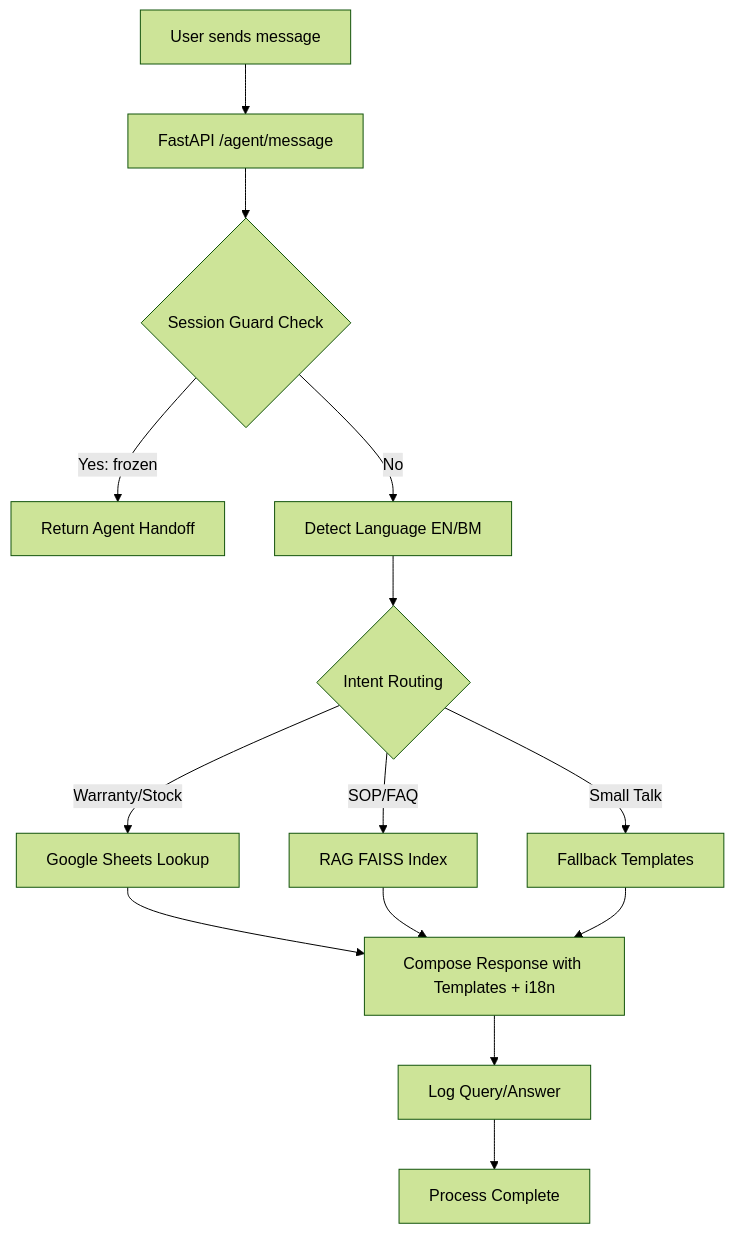
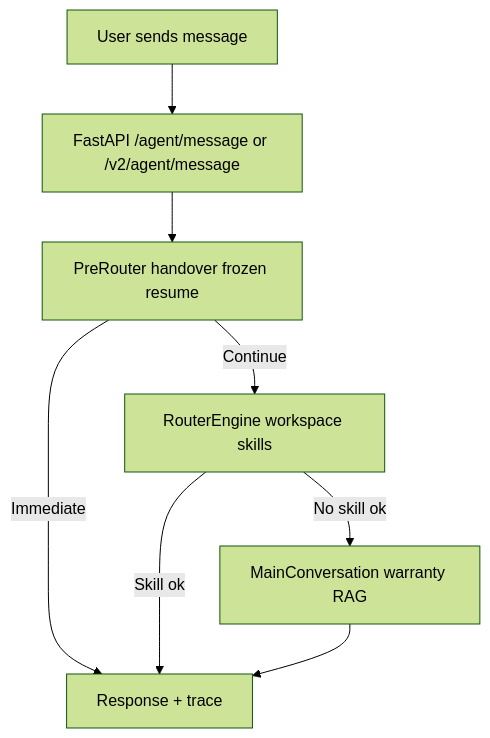
The diagram in README.md (kommuai/kai), drawn with Mermaid (forest theme) before and after one commit. The commit also changed other lines of this file and 60 other files, not shown here.

````diff
--- a/README.md
+++ b/README.md
@@ -139,19 +174,13 @@
 ```mermaid
 flowchart TD
-    A[User sends message] --> C[FastAPI /agent/message]
-    C --> D{Session Guard Check}
-    D -->|Yes: frozen| E[Return Agent Handoff]
-    D -->|No| F[Detect Language EN/BM]
-    F --> G{Intent Routing}
-    G -->|Warranty/Stock| H[Google Sheets Lookup]
-    G -->|SOP/FAQ| I[RAG FAISS Index]
-    G -->|Small Talk| J[Fallback Templates]
-    H --> K[Compose Response with Templates + i18n]
-    I --> K
-    J --> K
-    K --> N[Log Query/Answer]
-    N --> O[Process Complete]
+    A[User sends message] --> C[FastAPI /agent/message or /v2/agent/message]
+    C --> D[PreRouter handover frozen resume]
+    D -->|Immediate| E[Response + trace]
+    D -->|Continue| F[RouterEngine workspace skills]
+    F -->|Skill ok| E
+    F -->|No skill ok| G[MainConversation warranty RAG]
+    G --> E
 
 
    
 ```
````
